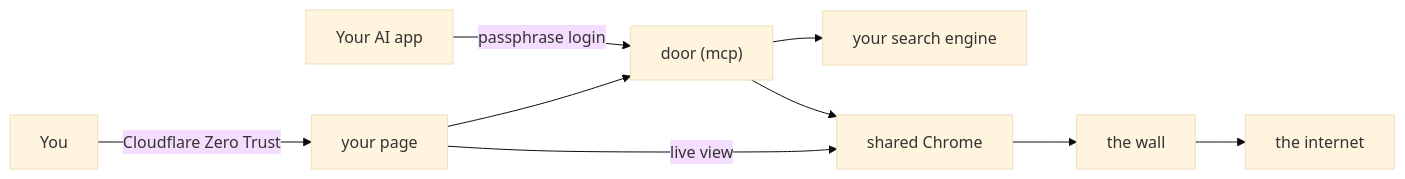
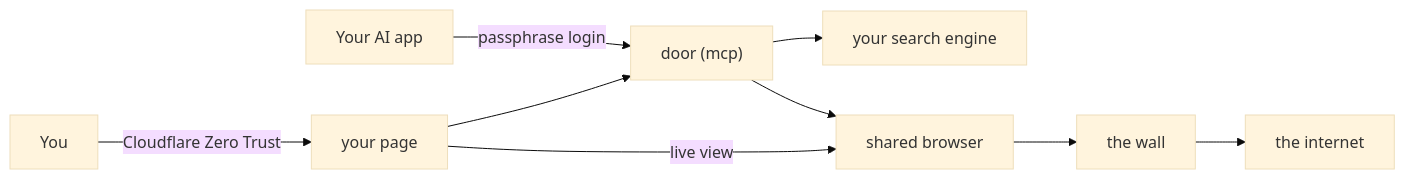
One commit to Self-hosted-MCP/Shared-Browser-MCP changed the diagram in README.md. Above: the diagram before and after it, drawn with Mermaid (base theme). The commit also changed other lines of this file and 4 other files, not shown here.

Commit message:
Docs: plainer wording, one name for the shared browser, one section for untested apps

````diff
--- a/README.md
+++ b/README.md
@@ -97,10 +98,10 @@
 ```mermaid
 flowchart LR
   AI["Your AI app"] -->|"passphrase login"| MCP["door (mcp)"]
   You["You"] -->|"Cloudflare Zero Trust"| FRONT["your page"]
   FRONT --> MCP
   MCP --> SX["your search engine"]
-  MCP --> BR["shared Chrome"]
+  MCP --> BR["shared browser"]
   FRONT -->|"live view"| BR
   BR --> EG["the wall"] --> NET["the internet"]
 ```
````
